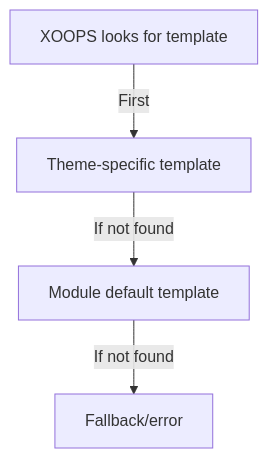
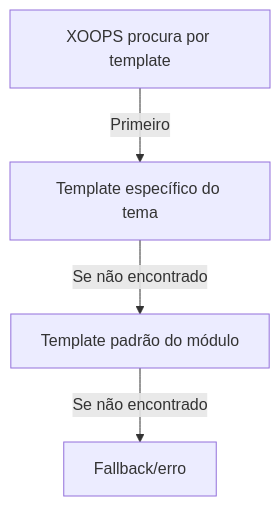
Before and after one commit to mambax7/xoops-docs: the diagram in apps/docs-27/src/content/docs/pt/modules/publisher/developer-guide/custom-templates.md, drawn with Mermaid. The commit also changed other lines of this file and 162 other files, not shown here.

````diff
--- a/apps/docs-27/src/content/docs/pt/modules/publisher/developer-guide/custom-templates.md
+++ b/apps/docs-27/src/content/docs/pt/modules/publisher/developer-guide/custom-templates.md
@@ -88,6 +88,6 @@
 ```mermaid
 graph TD
-    A[XOOPS looks for template] -->|First| B[Theme-specific template]
-    B -->|If not found| C[Module default template]
-    C -->|If not found| D[Fallback/error]
+    A[XOOPS procura por template] -->|Primeiro| B[Template específico do tema]
+    B -->|Se não encontrado| C[Template padrão do módulo]
+    C -->|Se não encontrado| D[Fallback/erro]
 ```
````
